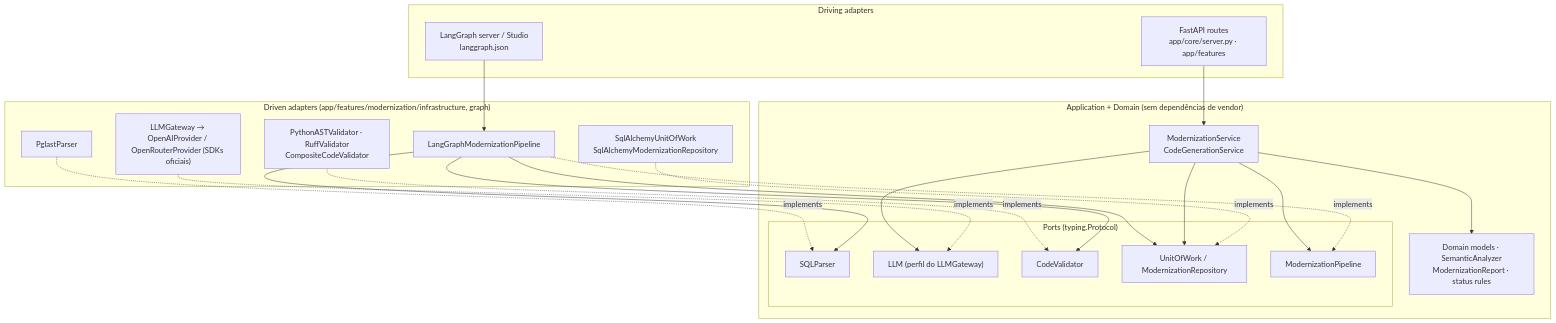
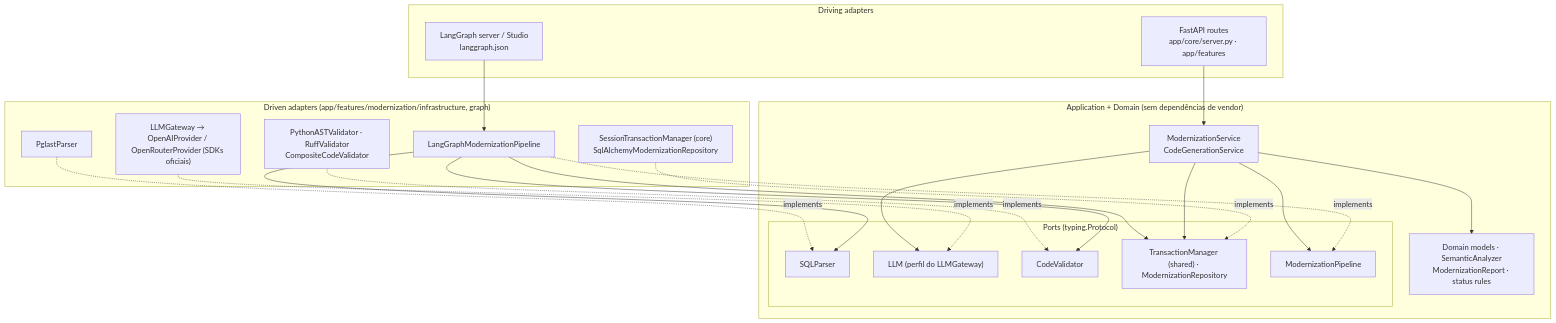
The second of 3 diagrams in README.md (pedro-nuness/desafio-tecnico-sql-python), drawn with Mermaid before and after one commit. The commit also changed other lines of this file and 18 other files, not shown here.

First line of the commit message:
refactor: replace UnitOfWork with TransactionManager for improved transaction handling

````diff
--- a/README.md
+++ b/README.md
@@ -171,42 +173,42 @@
 ```mermaid
 flowchart TB
     subgraph Driving["Driving adapters"]
         FASTAPI["FastAPI routes<br/>app/core/server.py · app/features"]
         LGCLI["LangGraph server / Studio<br/>langgraph.json"]
     end
 
     subgraph Core["Application + Domain (sem dependências de vendor)"]
         SVC["ModernizationService<br/>CodeGenerationService"]
         DOM["Domain models · SemanticAnalyzer<br/>ModernizationReport · status rules"]
         subgraph Ports["Ports (typing.Protocol)"]
             P1["SQLParser"]
             P2["LLM (perfil do LLMGateway)"]
             P3["CodeValidator"]
-            P4["UnitOfWork / ModernizationRepository"]
+            P4["TransactionManager (shared) · ModernizationRepository"]
             P5["ModernizationPipeline"]
         end
     end
 
     subgraph Driven["Driven adapters (app/features/modernization/infrastructure, graph)"]
         A1["PglastParser"]
         A2["LLMGateway → OpenAIProvider / OpenRouterProvider (SDKs oficiais)"]
         A3["PythonASTValidator · RuffValidator<br/>CompositeCodeValidator"]
-        A4["SqlAlchemyUnitOfWork<br/>SqlAlchemyModernizationRepository"]
+        A4["SessionTransactionManager (core)<br/>SqlAlchemyModernizationRepository"]
         A5["LangGraphModernizationPipeline"]
     end
 
     FASTAPI --> SVC
     LGCLI --> A5
     A5 --> P4
     SVC --> DOM
     SVC --> P4
     SVC --> P5
     SVC --> P2
     A1 -. implements .-> P1
     A2 -. implements .-> P2
     A3 -. implements .-> P3
     A4 -. implements .-> P4
     A5 -. implements .-> P5
     A5 --> P1
     A5 --> P3
 ```
````
